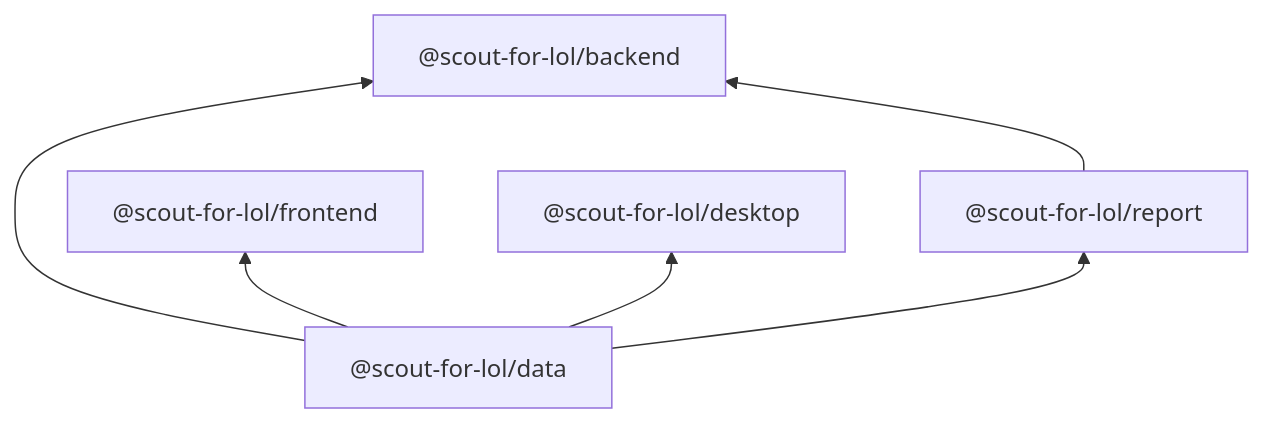
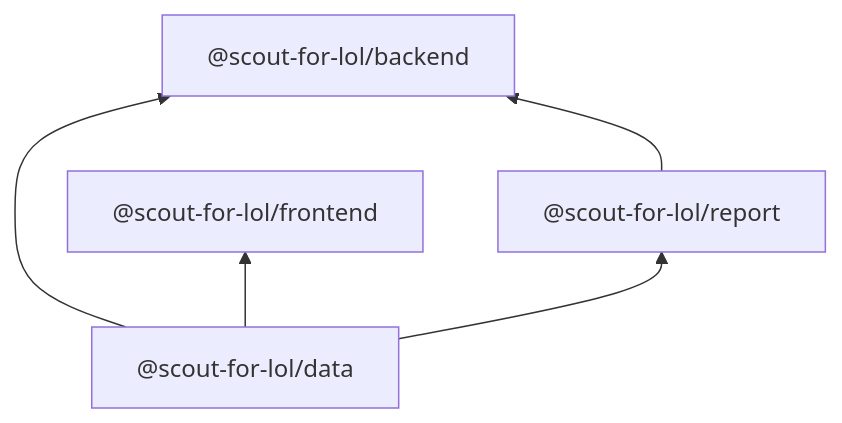
Before and after one commit to shepherdjerred/monorepo: the second of 8 diagrams in packages/scout-for-lol/docs/architecture.md, drawn with Mermaid. The commit also changed other lines of this file and 196 other files, not shown here.

First line of the commit message:
feat(scout-for-lol): remove desktop client

````diff
--- a/packages/scout-for-lol/docs/architecture.md
+++ b/packages/scout-for-lol/docs/architecture.md
@@ -78,14 +66,12 @@
 ```mermaid
 graph BT
     DATA["@scout-for-lol/data"]
     REPORT["@scout-for-lol/report"]
     BACKEND["@scout-for-lol/backend"]
     FRONTEND["@scout-for-lol/frontend"]
-    DESKTOP["@scout-for-lol/desktop"]
 
     DATA --> REPORT
     DATA --> BACKEND
     DATA --> FRONTEND
-    DATA --> DESKTOP
     REPORT --> BACKEND
 ```
````
